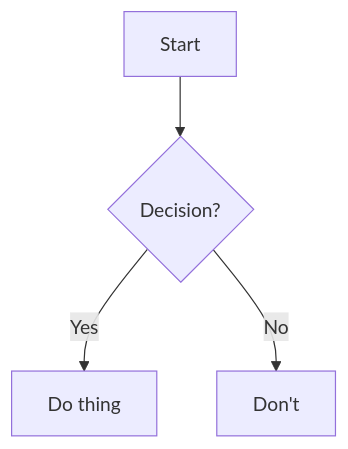
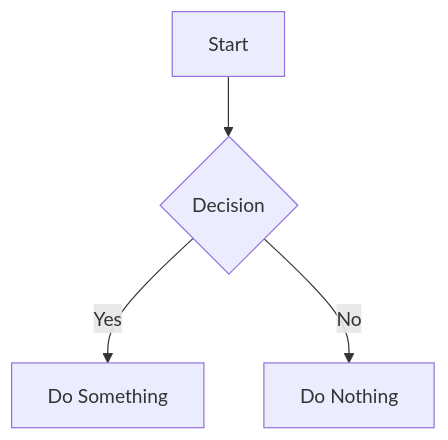
The diagram in README.md (AtticusInSpace/Presentations), drawn with Mermaid before and after one commit. The commit also changed other lines of this file, not shown here.

````diff
--- a/README.md
+++ b/README.md
@@ -44,6 +44,6 @@
 ```mermaid
 graph TD
-    A[Start] --> B{Decision?}
-    B -->|Yes| C[Do thing]
-    B -->|No| D[Don't]
+    A[Start] --> B{Decision}
+    B -->|Yes| C[Do Something]
+    B -->|No| D[Do Nothing]
 ```
````
